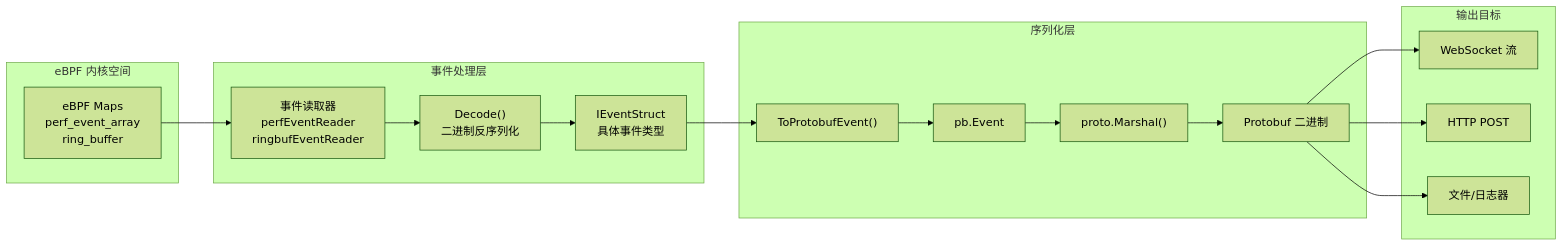
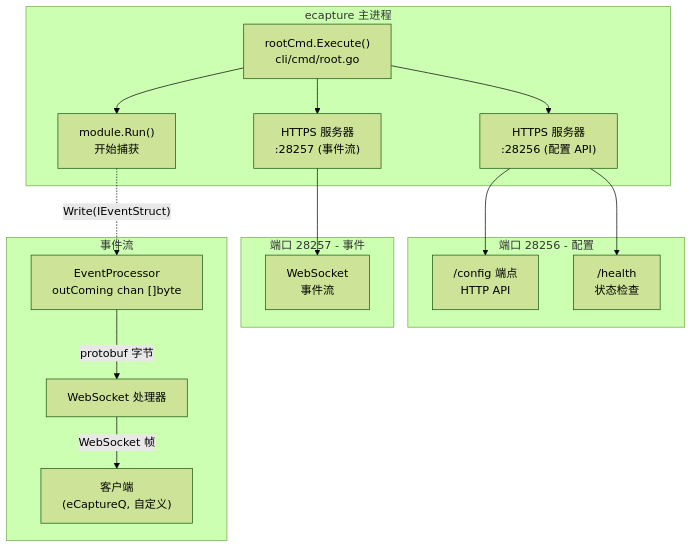
Before and after one commit to gojue/ecapture.cc: the fourth of 10 diagrams in src/zh/4-output-formats/4.4-protobuf-and-external-integration.md, drawn with Mermaid (forest theme). The commit also changed other lines of this file and 115 other files, not shown here.

````diff
--- a/src/zh/4-output-formats/4.4-protobuf-and-external-integration.md
+++ b/src/zh/4-output-formats/4.4-protobuf-and-external-integration.md
@@ -104,38 +157,38 @@
 ```mermaid
-flowchart LR
-    subgraph eBPF["eBPF 内核空间"]
-        Maps["eBPF Maps<br/>perf_event_array<br/>ring_buffer"]
+graph TB
+    subgraph "ecapture 主进程"
+        RootCmd["rootCmd.Execute()<br/>cli/cmd/root.go"]
+        ModuleRun["module.Run()<br/>开始捕获"]
+        HTTPServer1["HTTPS 服务器<br/>:28256 (配置 API)"]
+        HTTPServer2["HTTPS 服务器<br/>:28257 (事件流)"]
+        
+        RootCmd --> ModuleRun
+        RootCmd --> HTTPServer1
+        RootCmd --> HTTPServer2
     end
     
-    subgraph EventProcessing["事件处理层"]
-        Reader["事件读取器<br/>perfEventReader<br/>ringbufEventReader"]
-        Decoder["Decode()<br/>二进制反序列化"]
-        EventStruct["IEventStruct<br/>具体事件类型"]
+    subgraph "端口 28256 - 配置"
+        ConfigAPI["/config 端点<br/>HTTP API"]
+        HealthAPI["/health<br/>状态检查"]
+        
+        HTTPServer1 --> ConfigAPI
+        HTTPServer1 --> HealthAPI
     end
     
-    subgraph Serialization["序列化层"]
-        ToProto["ToProtobufEvent()"]
-        PbEvent["pb.Event"]
-        Marshal["proto.Marshal()"]
-        Binary["Protobuf 二进制"]
+    subgraph "端口 28257 - 事件"
+        WSEndpoint["WebSocket<br/>事件流"]
+        
+        HTTPServer2 --> WSEndpoint
     end
     
-    subgraph Output["输出目标"]
-        WebSocket["WebSocket 流"]
-        HTTP["HTTP POST"]
-        File["文件/日志器"]
+    subgraph "事件流"
+        EventProcessor["EventProcessor<br/>outComing chan []byte"]
+        WSHandler["WebSocket 处理器"]
+        Client["客户端<br/>(eCaptureQ, 自定义)"]
+        
+        EventProcessor -->|"protobuf 字节"| WSHandler
+        WSHandler -->|"WebSocket 帧"| Client
     end
     
-    Maps --> Reader
-    Reader --> Decoder
-    Decoder --> EventStruct
-    
-    EventStruct --> ToProto
-    ToProto --> PbEvent
-    PbEvent --> Marshal
-    Marshal --> Binary
-    
-    Binary --> WebSocket
-    Binary --> HTTP
-    Binary --> File
+    ModuleRun -.->|"Write(IEventStruct)"| EventProcessor
 ```
````
